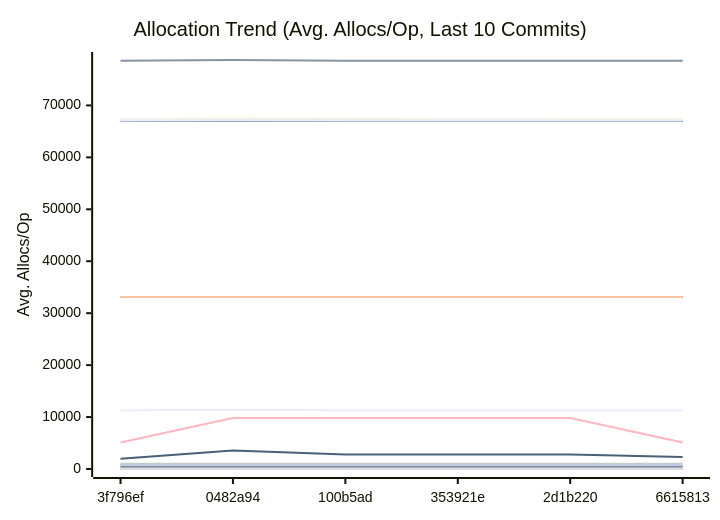
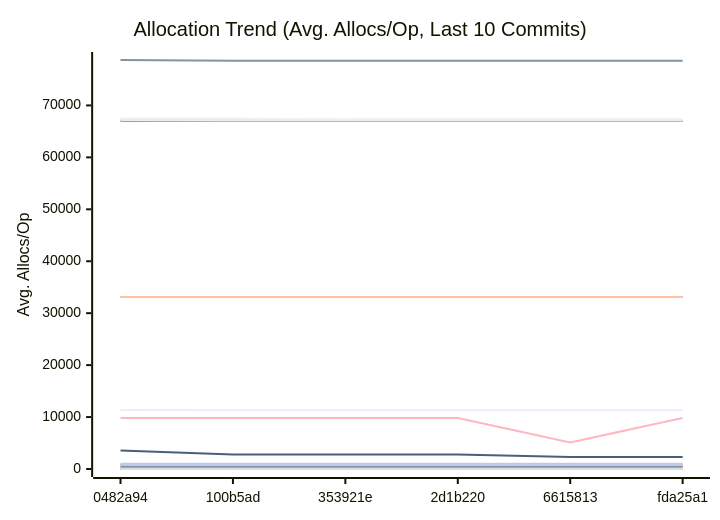
The third of 3 diagrams in docs/PERFORMANCE.md (alsotoes/momo), drawn with Mermaid before and after one commit. The commit also changed other lines of this file and 2 other files, not shown here.

````diff
--- a/docs/PERFORMANCE.md
+++ b/docs/PERFORMANCE.md
@@ -359,44 +358,44 @@
 ```mermaid
 xychart-beta
     title "Allocation Trend (Avg. Allocs/Op, Last 10 Commits)"
     x-axis "Commit"
     y-axis "Avg. Allocs/Op"
-    x-axis [3f796ef,0482a94,100b5ad,353921e,2d1b220,6615813]
-    line "AWSChunkedReaderSigned" [11296,11367,11304,11317,11324,11331,11296,11287,11338,11329]
-    line "AWSChunkedReaderUnsigned" [78579,78745,78578,78592,78605,78609,78579,78582,78651,78603]
+    x-axis [0482a94,100b5ad,353921e,2d1b220,6615813,fda25a1]
+    line "AWSChunkedReaderSigned" [11367,11304,11317,11324,11331,11296,11287,11338,11329,11352]
+    line "AWSChunkedReaderUnsigned" [78745,78578,78592,78605,78609,78579,78582,78651,78603,78618]
     line "CheckMetricsAndSwap" [0,0,0,0,0,0,0,0,0,0]
     line "CrushOptimized" [0,0,0,0,0,0,0,0,0,0]
     line "CrushOriginal" [3,3,3,3,3,3,3,3,3,3]
     line "FormatListObjectsV2XML_AppendFormat" [16,16,16,16,16,16,16,16,16,16]
     line "FormatListObjectsV2XML_OldFormat" [1000,1000,1000,1000,1000,1000,1000,1000,1000,1000]
     line "HashBytes/1MiB" [64,64,64,64,64,64,64,64,64,64]
     line "HashBytes/256MiB" [64,64,64,64,64,64,64,64,64,64]
     line "HashBytes/64MiB" [64,64,64,64,64,64,64,64,64,64]
-    line "HashFile/1MiB" [33112,33128,33128,33128,33128,33128,33128,33128,33128,33128]
+    line "HashFile/1MiB" [33128,33128,33128,33128,33128,33128,33128,33128,33128,33128]
     line "HashFile/256MiB" [33128,33128,33128,33128,33128,33128,33128,33128,33128,33128]
-    line "HashFile/64MiB" [33128,33128,33128,33128,33128,33128,33137,33128,33128,33128]
+    line "HashFile/64MiB" [33128,33128,33128,33128,33128,33137,33128,33128,33128,33128]
     line "IndexDirectTracking" [0,0,0,0,0,0,0,0,0,0]
     line "IndexSearch" [0,0,0,0,0,0,0,0,0,0]
     line "LastModifiedHeader_AppendFormat" [0,0,0,0,0,0,0,0,0,0]
-    line "LastModifiedHeader_Format" [0,0,0,0,0,0,0,0,0,1]
+    line "LastModifiedHeader_Format" [0,0,0,0,0,0,0,0,1,1]
     line "LoadGlobalConfig" [58,58,58,58,58,58,58,58,58,58]
-    line "LocalWrite/1MiB" [67031,67037,67034,67030,67036,67036,67029,67028,67031,67030]
-    line "LocalWrite/256MiB" [67358,67518,67492,67349,67409,67379,67372,67383,67413,67386]
-    line "LocalWrite/64MiB" [67089,67157,67097,67104,67086,67092,67077,67052,67096,67102]
+    line "LocalWrite/1MiB" [67037,67034,67030,67036,67036,67029,67028,67031,67030,67036]
+    line "LocalWrite/256MiB" [67518,67492,67349,67409,67379,67372,67383,67413,67386,67552]
+    line "LocalWrite/64MiB" [67157,67097,67104,67086,67092,67077,67052,67096,67102,67105]
     line "PadString" [1,1,1,1,1,1,1,1,1,1]
     line "ParseReplicationOrder_NoPrealloc" [6,6,6,6,6,5,5,5,5,5]
     line "ParseReplicationOrder_Prealloc" [2,2,2,2,2,1,1,1,1,1]
     line "Placement" [6,6,6,6,6,6,6,6,6,6]
     line "PlacementDomainSpread" [6,6,6,6,6,6,6,6,6,6]
-    line "ReadVerify/1MiB" [458,483,437,469,466,470,460,462,473,468]
-    line "ReadVerify/256MiB" [5120,9808,9808,9808,9808,5120,9808,5120,9808,9808]
-    line "ReadVerify/64MiB" [1994,3557,2776,2776,2776,2307,2307,2776,2776,2776]
-    line "S3PutSpool/1MiB" [448,448,447,447,448,447,447,447,447,447]
+    line "ReadVerify/1MiB" [483,437,469,466,470,460,462,473,468,479]
+    line "ReadVerify/256MiB" [9808,9808,9808,9808,5120,9808,5120,9808,9808,9808]
+    line "ReadVerify/64MiB" [3557,2776,2776,2776,2307,2307,2776,2776,2776,3557]
+    line "S3PutSpool/1MiB" [448,447,447,448,447,447,447,447,447,447]
     line "S3PutSpool/256MiB" [448,448,448,448,448,448,448,448,448,448]
     line "S3PutSpool/64MiB" [448,448,448,448,448,448,448,448,448,448]
     line "SanitizeLog/Safe" [0,0,0,0,0,0,0,0,0,0]
     line "SanitizeLog/Unsafe" [1,1,1,1,1,1,1,1,1,1]
-    line "TrustedRead/1MiB" [800,800,800,800,800,800,800,800,839,840]
+    line "TrustedRead/1MiB" [800,800,800,800,800,800,800,839,840,800]
     line "TrustedRead/256MiB" [800,800,800,800,800,800,800,800,800,800]
     line "TrustedRead/64MiB" [800,800,800,800,800,800,800,800,800,800]
 ```
````
